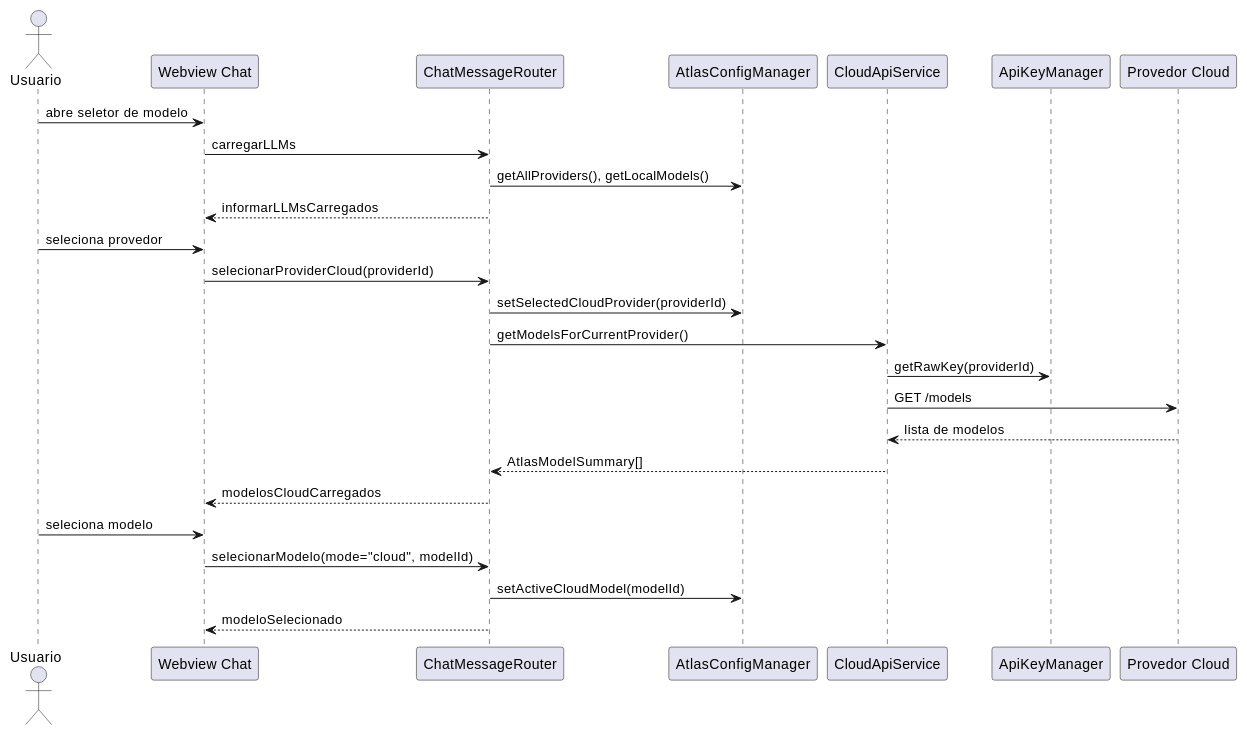
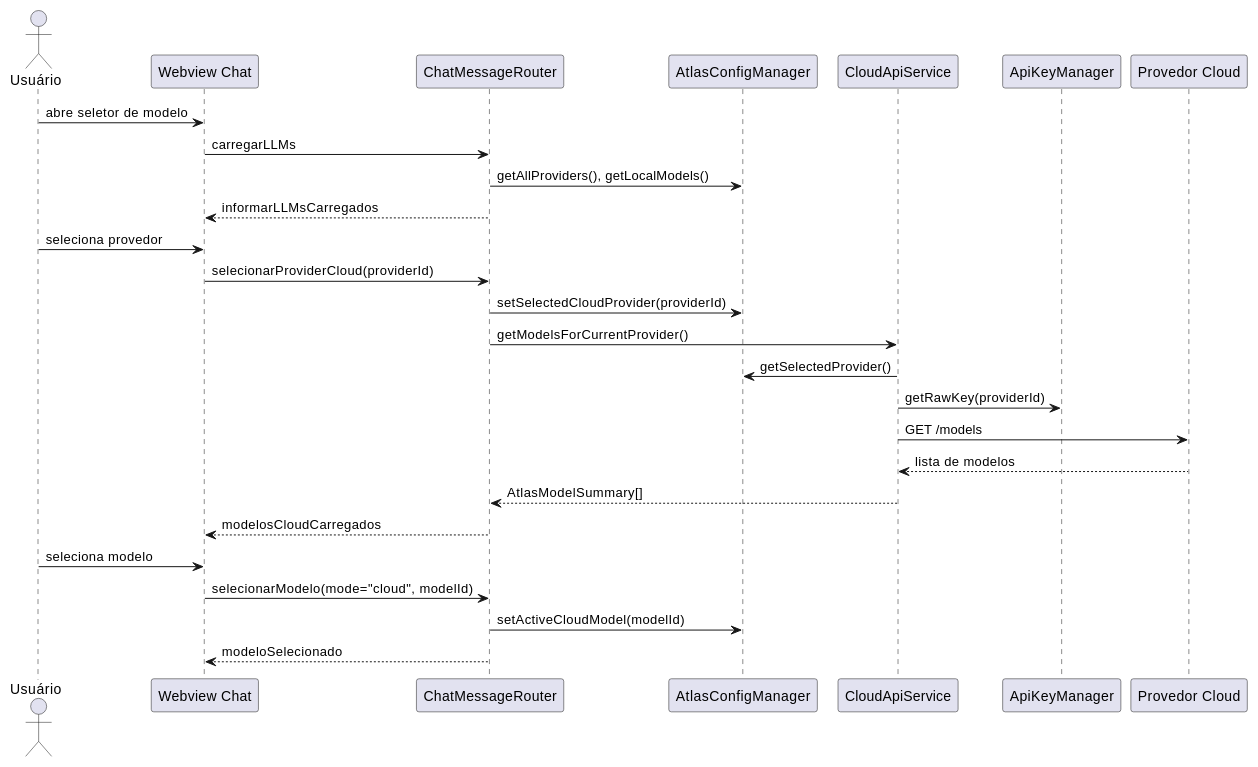
One commit to JVictorVI/ATLAS changed diagram 12 of 38 in docs/plantuml-diagramas-por-caso-de-uso-atlas.md. Above: the diagram before and after it, drawn with PlantUML. The commit also changed other lines of this file and 5 other files, not shown here.

Commit message:
Atualiza diagramas e casos de uso

````diff
--- a/docs/plantuml-diagramas-por-caso-de-uso-atlas.md
+++ b/docs/plantuml-diagramas-por-caso-de-uso-atlas.md
@@ -372,30 +376,31 @@
 ```plantuml
 @startuml
 skinparam shadowing false
-actor Usuario
+actor Usuário
 participant "Webview Chat" as Webview
 participant ChatMessageRouter as Router
 participant AtlasConfigManager as Config
 participant CloudApiService as CloudApi
 participant ApiKeyManager as ApiKeys
 participant "Provedor Cloud" as Cloud
 
-Usuario -> Webview : abre seletor de modelo
+Usuário -> Webview : abre seletor de modelo
 Webview -> Router : carregarLLMs
 Router -> Config : getAllProviders(), getLocalModels()
 Router --> Webview : informarLLMsCarregados
-Usuario -> Webview : seleciona provedor
+Usuário -> Webview : seleciona provedor
 Webview -> Router : selecionarProviderCloud(providerId)
 Router -> Config : setSelectedCloudProvider(providerId)
 Router -> CloudApi : getModelsForCurrentProvider()
+CloudApi -> Config : getSelectedProvider()
 CloudApi -> ApiKeys : getRawKey(providerId)
 CloudApi -> Cloud : GET /models
 Cloud --> CloudApi : lista de modelos
 CloudApi --> Router : AtlasModelSummary[]
 Router --> Webview : modelosCloudCarregados
-Usuario -> Webview : seleciona modelo
+Usuário -> Webview : seleciona modelo
 Webview -> Router : selecionarModelo(mode="cloud", modelId)
 Router -> Config : setActiveCloudModel(modelId)
 Router --> Webview : modeloSelecionado
 @enduml
 ```
````
